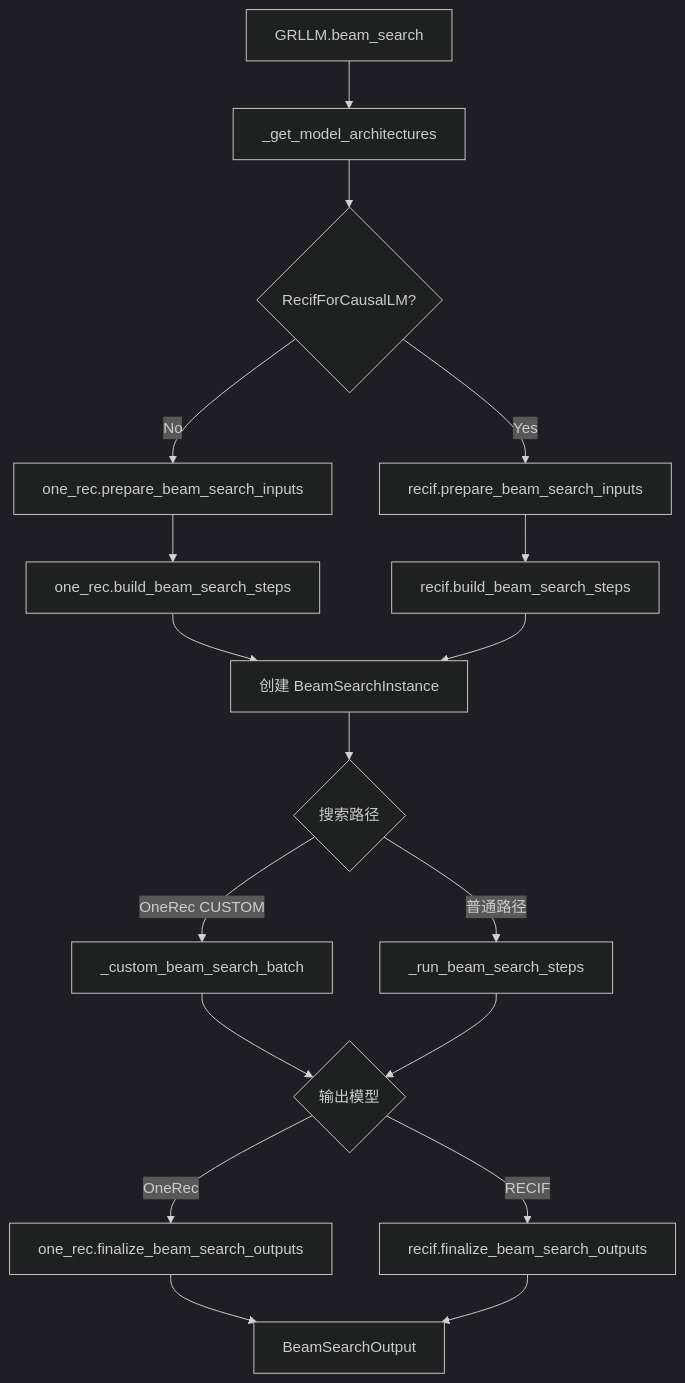
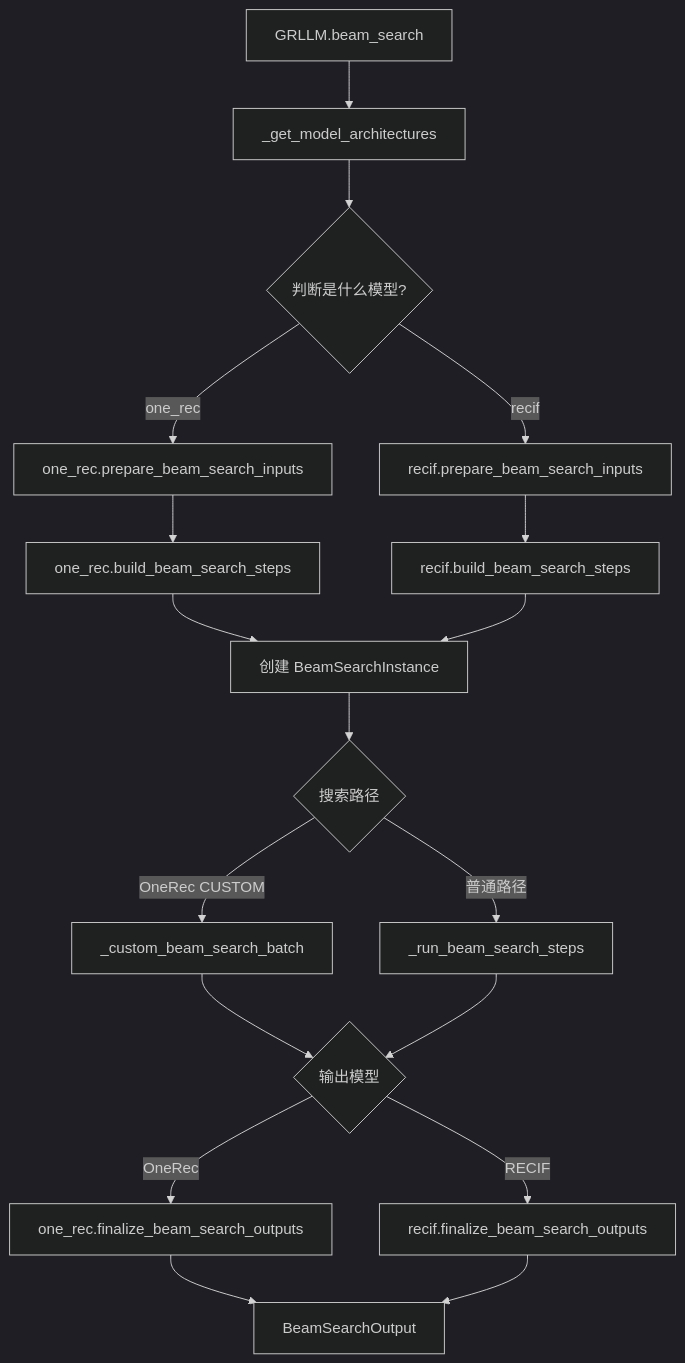
One commit to ZhiYunpenghuawei/p1 changed the diagram in beam_search整理文档.md. Above: the diagram before and after it, drawn with Mermaid (dark theme).

````diff
--- a/beam_search整理文档.md
+++ b/beam_search整理文档.md
@@ -43,25 +43,25 @@
 ```mermaid
 flowchart TD
     A[GRLLM.beam_search] --> B[_get_model_architectures]
-    B --> C{RecifForCausalLM?}
+    B --> C{判断是什么模型?}
 
-    C -->|No| D[one_rec.prepare_beam_search_inputs]
+    C -->|one_rec| D[one_rec.prepare_beam_search_inputs]
     D --> E[one_rec.build_beam_search_steps]
 
-    C -->|Yes| F[recif.prepare_beam_search_inputs]
+    C -->|recif| F[recif.prepare_beam_search_inputs]
     F --> G[recif.build_beam_search_steps]
 
     E --> H[创建 BeamSearchInstance]
     G --> H
 
     H --> I{搜索路径}
     I -->|OneRec CUSTOM| J[_custom_beam_search_batch]
     I -->|普通路径| K[_run_beam_search_steps]
 
     J --> L{输出模型}
     K --> L
     L -->|OneRec| M[one_rec.finalize_beam_search_outputs]
     L -->|RECIF| N[recif.finalize_beam_search_outputs]
     M --> O[BeamSearchOutput]
     N --> O
 ```
````
